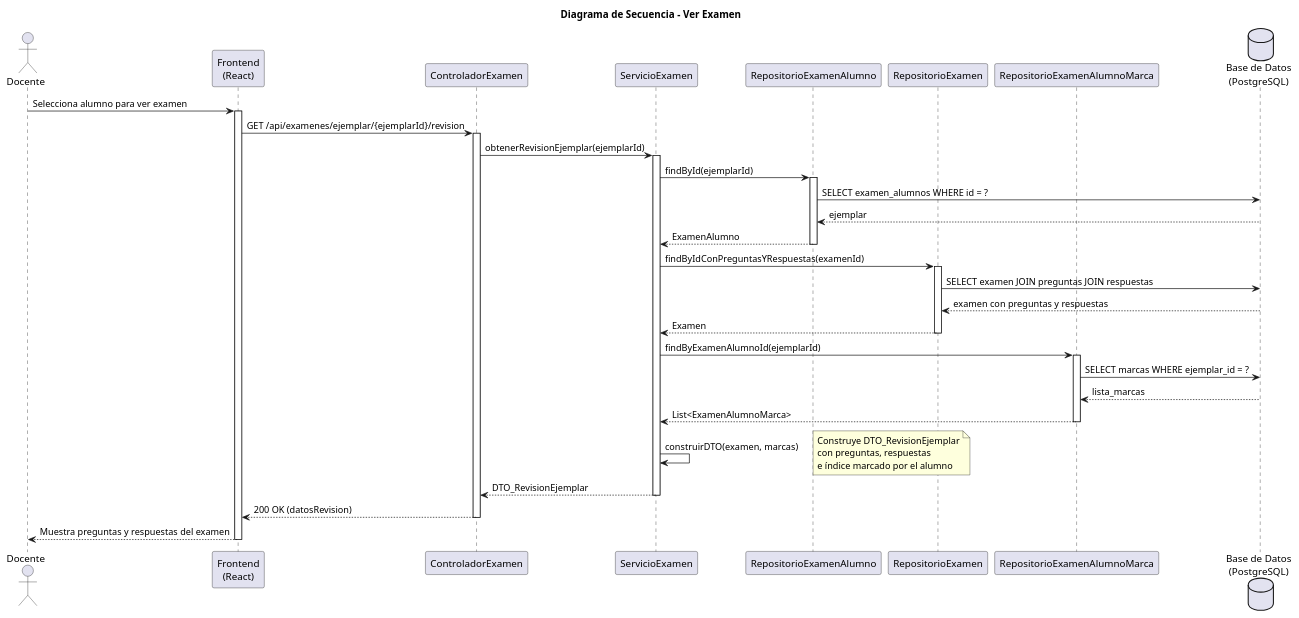
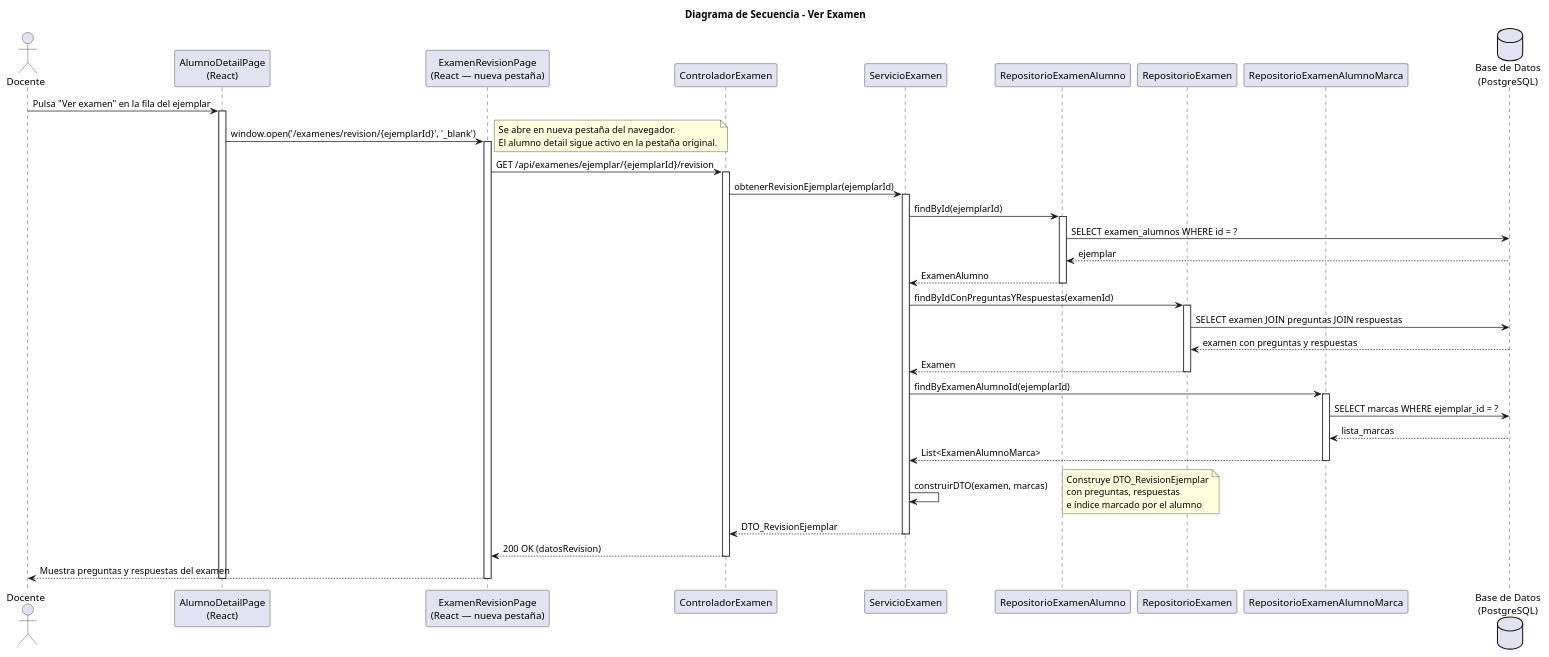
The diagram in RUP/02-diseño/casos-uso/CU-42-verExamen/diseno-secuencia-CU-42-verExamen.puml (liamanderson873/25-26-idsw2-sdVC), drawn with PlantUML before and after one commit. The commit also changed 12 other files, not shown here.

First line of the commit message:
docs(RUP): actualizar diagramas de análisis y diseño con páginas de detalle, batch cancel y revisión en pestaña propia

```diff
--- a/RUP/02-diseño/casos-uso/CU-42-verExamen/diseno-secuencia-CU-42-verExamen.puml
+++ b/RUP/02-diseño/casos-uso/CU-42-verExamen/diseno-secuencia-CU-42-verExamen.puml
@@ -1,55 +1,61 @@
 @startuml secuencia-cu42-ver-examen
 title Diagrama de Secuencia - Ver Examen
 
 actor "Docente" as Actor
-participant "Frontend\n(React)" as FE
+participant "AlumnoDetailPage\n(React)" as AlumnoPage
+participant "ExamenRevisionPage\n(React — nueva pestaña)" as RevisionPage
 participant "ControladorExamen" as Controller
 participant "ServicioExamen" as Service
 participant "RepositorioExamenAlumno" as RepoEA
 participant "RepositorioExamen" as RepoEx
 participant "RepositorioExamenAlumnoMarca" as RepoMarcas
 database "Base de Datos\n(PostgreSQL)" as DB
 
-Actor -> FE : Selecciona alumno para ver examen
-activate FE
+Actor -> AlumnoPage : Pulsa "Ver examen" en la fila del ejemplar
+activate AlumnoPage
 
-FE -> Controller : GET /api/examenes/ejemplar/{ejemplarId}/revision
+AlumnoPage -> RevisionPage : window.open('/examenes/revision/{ejemplarId}', '_blank')
+activate RevisionPage
+note right : Se abre en nueva pestaña del navegador.\nEl alumno detail sigue activo en la pestaña original.
+
+RevisionPage -> Controller : GET /api/examenes/ejemplar/{ejemplarId}/revision
 activate Controller
 
 Controller -> Service : obtenerRevisionEjemplar(ejemplarId)
 activate Service
 
 Service -> RepoEA : findById(ejemplarId)
 activate RepoEA
 RepoEA -> DB : SELECT examen_alumnos WHERE id = ?
 DB --> RepoEA : ejemplar
 RepoEA --> Service : ExamenAlumno
 deactivate RepoEA
 
 Service -> RepoEx : findByIdConPreguntasYRespuestas(examenId)
 activate RepoEx
 RepoEx -> DB : SELECT examen JOIN preguntas JOIN respuestas
 DB --> RepoEx : examen con preguntas y respuestas
 RepoEx --> Service : Examen
 deactivate RepoEx
 
 Service -> RepoMarcas : findByExamenAlumnoId(ejemplarId)
 activate RepoMarcas
 RepoMarcas -> DB : SELECT marcas WHERE ejemplar_id = ?
 DB --> RepoMarcas : lista_marcas
 RepoMarcas --> Service : List<ExamenAlumnoMarca>
 deactivate RepoMarcas
 
 Service -> Service : construirDTO(examen, marcas)
 note right: Construye DTO_RevisionEjemplar\ncon preguntas, respuestas\ne índice marcado por el alumno
 
 Service --> Controller : DTO_RevisionEjemplar
 deactivate Service
 
-Controller --> FE : 200 OK (datosRevision)
+Controller --> RevisionPage : 200 OK (datosRevision)
 deactivate Controller
 
-FE --> Actor : Muestra preguntas y respuestas del examen
-deactivate FE
+RevisionPage --> Actor : Muestra preguntas y respuestas del examen
+deactivate RevisionPage
+deactivate AlumnoPage
 
 @enduml
```
